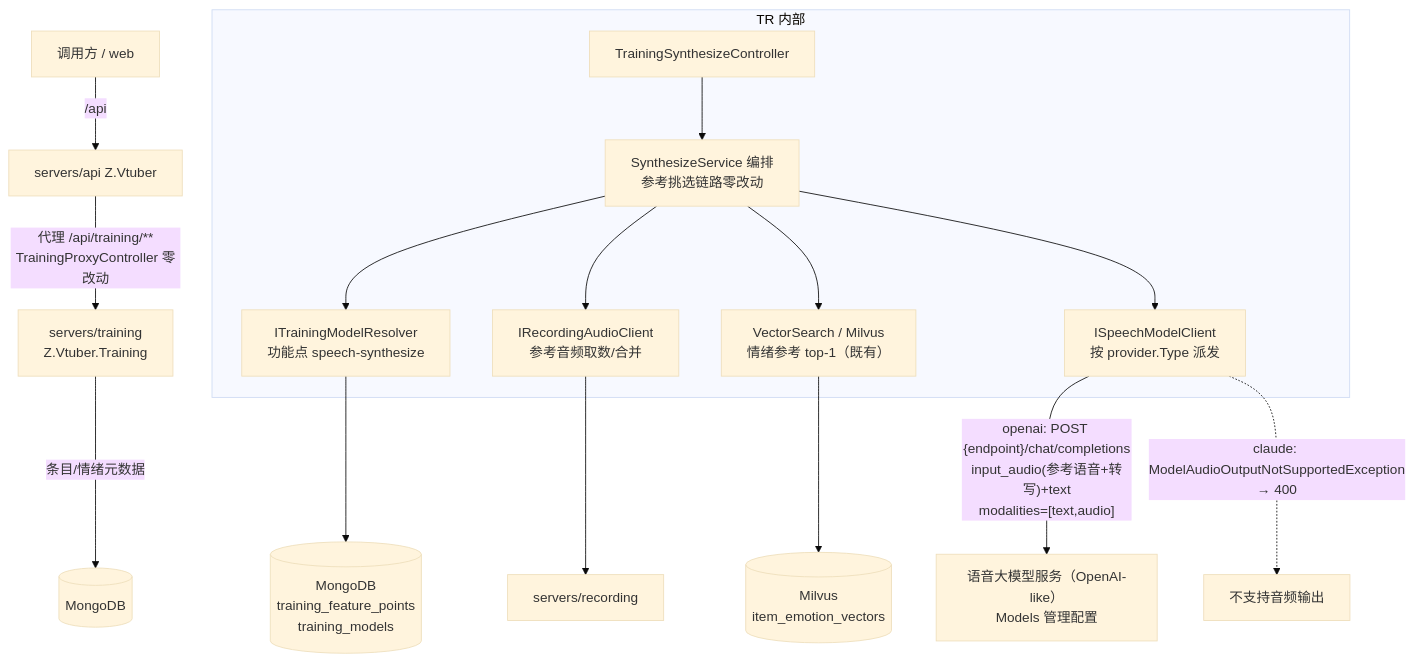
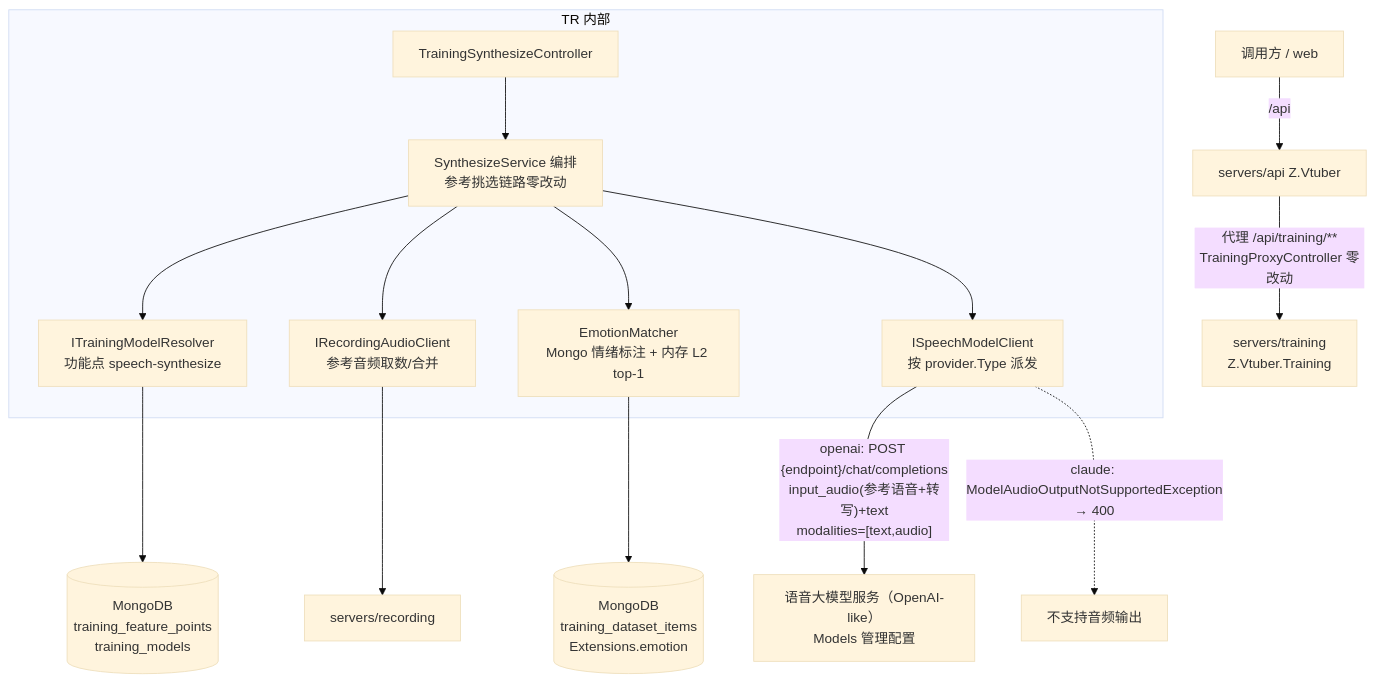
Before and after one commit to Deliay/z-vtuber: the first of 2 diagrams in docs/engineering/proposals/20261014-proposal-training-audio-synthesize-llm.md, drawn with Mermaid (base theme). The commit also changed other lines of this file and 1 other file, not shown here.

First line of the commit message:
docs(training): 音频生成语音大模型推理改造 返工修订——彻底移除 Milvus

````diff
--- a/docs/engineering/proposals/20261014-proposal-training-audio-synthesize-llm.md
+++ b/docs/engineering/proposals/20261014-proposal-training-audio-synthesize-llm.md
@@ -61,18 +70,17 @@
 ```mermaid
 graph TD
     Caller[调用方 / web] -->|/api| API[servers/api Z.Vtuber]
     API -->|"代理 /api/training/**<br/>TrainingProxyController 零改动"| TR[servers/training<br/>Z.Vtuber.Training]
     subgraph TR 内部
       SC[TrainingSynthesizeController] --> SS[SynthesizeService 编排<br/>参考挑选链路零改动]
       SS --> MR[ITrainingModelResolver<br/>功能点 speech-synthesize]
       SS --> RA[IRecordingAudioClient<br/>参考音频取数/合并]
-      SS --> VE[VectorSearch / Milvus<br/>情绪参考 top-1（既有）]
+      SS --> EM[EmotionMatcher<br/>Mongo 情绪标注 + 内存 L2 top-1]
       SS --> SP[ISpeechModelClient<br/>按 provider.Type 派发]
     end
     MR --> FP[(MongoDB<br/>training_feature_points<br/>training_models)]
+    EM --> DB[(MongoDB<br/>training_dataset_items<br/>Extensions.emotion)]
     RA --> REC[servers/recording]
     SP -->|"openai: POST {endpoint}/chat/completions<br/>input_audio(参考语音+转写)+text<br/>modalities=[text,audio]"| LLM["语音大模型服务（OpenAI-like）<br/>Models 管理配置"]
     SP -.->|"claude: ModelAudioOutputNotSupportedException<br/>→ 400"| X[不支持音频输出]
-    TR -->|"条目/情绪元数据"| M[(MongoDB)]
-    VE --> MIL[(Milvus<br/>item_emotion_vectors)]
 ```
````
